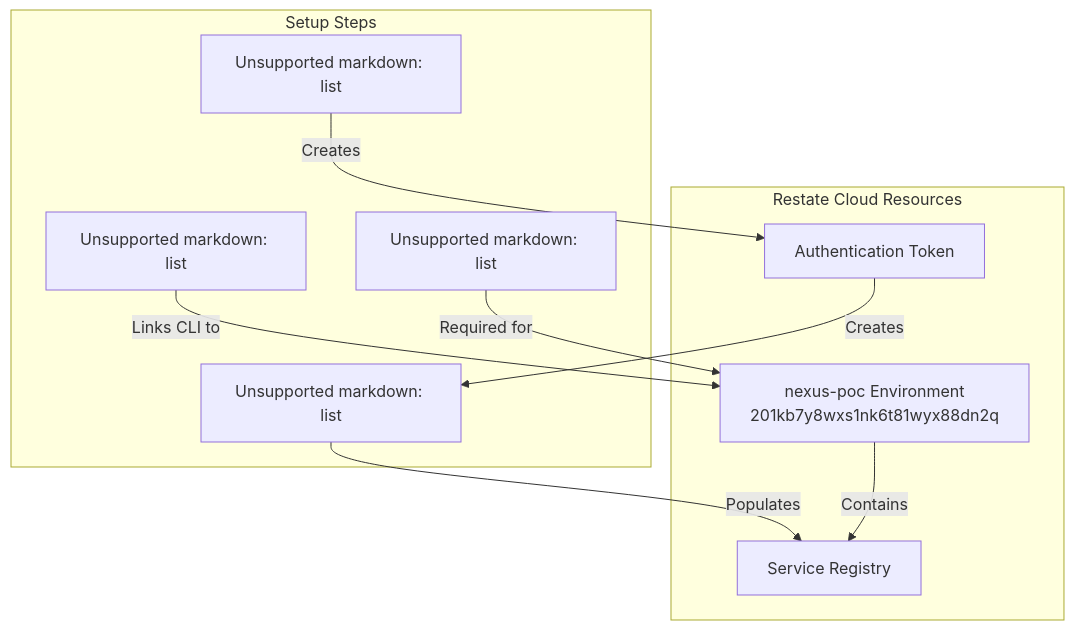
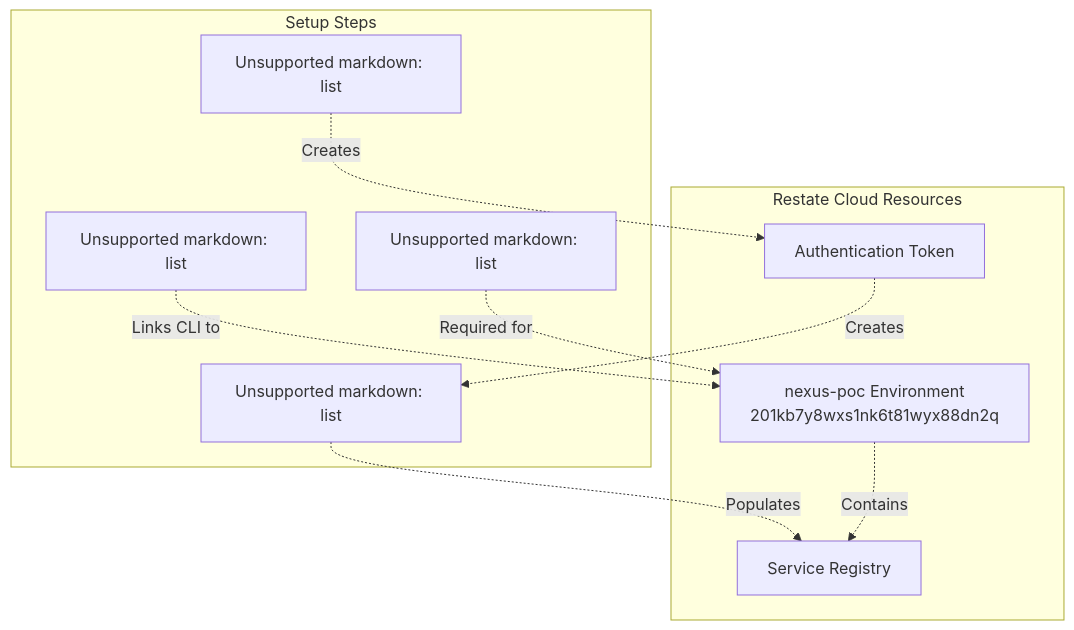
The third of 6 diagrams in docs/deepwiki/Cloud-Deployment.md (philipz/restate-cloudflare-workers-poc), drawn with Mermaid before and after one commit. The commit also changed other lines of this file and 27 other files, not shown here.

````diff
--- a/docs/deepwiki/Cloud-Deployment.md
+++ b/docs/deepwiki/Cloud-Deployment.md
@@ -151,31 +151,31 @@
 ```mermaid
 flowchart TD
 
 Login["Unsupported markdown: list"]
 CreateEnv["Unsupported markdown: list"]
 Configure["Unsupported markdown: list"]
 Register["Unsupported markdown: list"]
 Auth["Authentication Token"]
 Env["nexus-poc Environment<br>201kb7y8wxs1nk6t81wyx88dn2q"]
 Registry["Service Registry"]
 
-Login -->|"Creates"| Auth
-CreateEnv -->|"Links CLI to"| Env
-Configure -->|"Required for"| Env
-Register -->|"Populates"| Registry
-Auth -->|"Creates"| Register
+Login -.->|"Creates"| Auth
+CreateEnv -.->|"Links CLI to"| Env
+Configure -.->|"Required for"| Env
+Register -.->|"Populates"| Registry
+Auth -.->|"Creates"| Register
 
 subgraph subGraph1 ["Restate Cloud Resources"]
     Auth
     Env
     Registry
-    Env -->|"Contains"| Registry
+    Env -.->|"Contains"| Registry
 end
 
 subgraph subGraph0 ["Setup Steps"]
     Login
     CreateEnv
     Configure
     Register
 end
 ```
````
